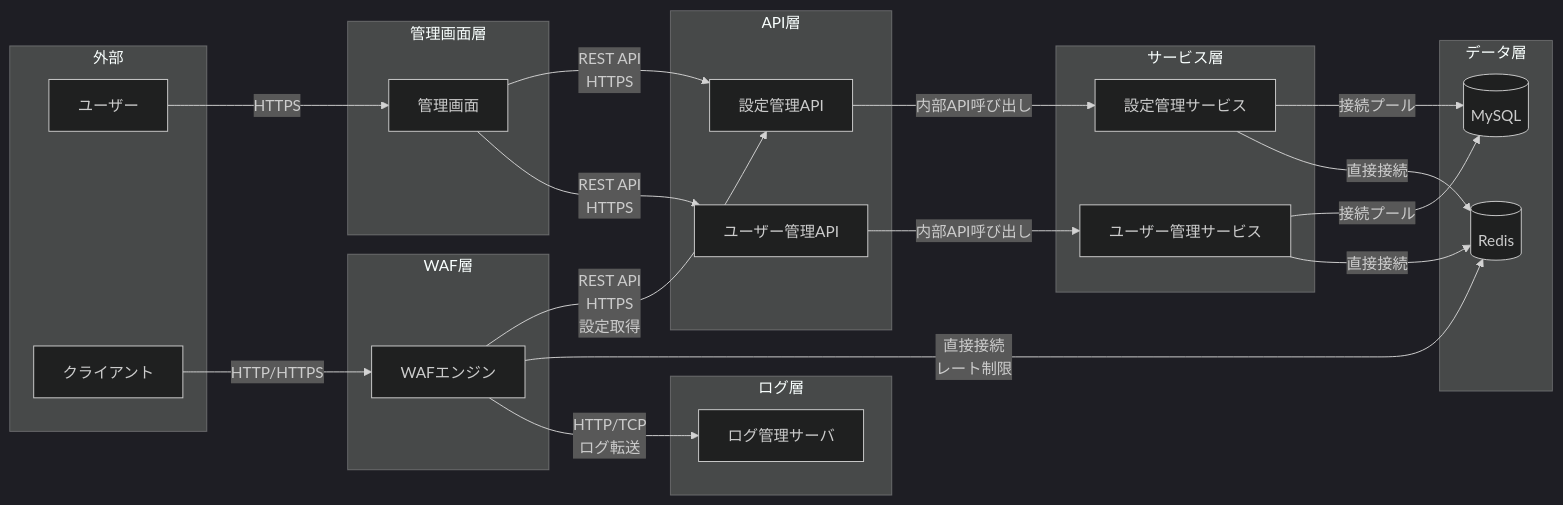
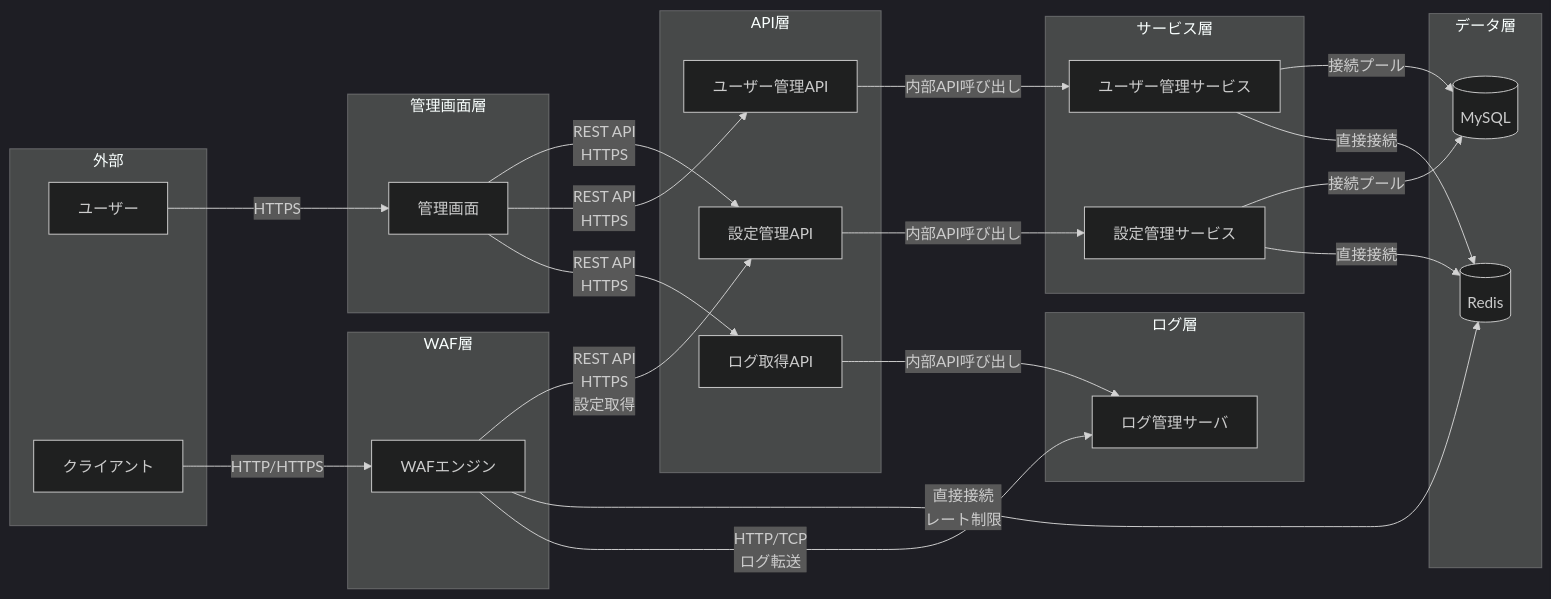
Before and after one commit to kencom2400/MrWebDefence-Design: the second of 5 diagrams in DESIGN.md, drawn with Mermaid (dark theme). The commit also changed other lines of this file and 1 other file, not shown here.

````diff
--- a/DESIGN.md
+++ b/DESIGN.md
@@ -509,52 +509,55 @@
 ```mermaid
 graph LR
     subgraph "外部"
         User[ユーザー]
         Client[クライアント]
     end
 
     subgraph "管理画面層"
         AdminUI[管理画面]
     end
 
     subgraph "API層"
         ConfigAPI[設定管理API]
         UserAPI[ユーザー管理API]
+        LogAPI[ログ取得API]
     end
 
     subgraph "サービス層"
         ConfigService[設定管理サービス]
         UserService[ユーザー管理サービス]
     end
 
     subgraph "データ層"
         MySQL[(MySQL)]
         Redis[(Redis)]
     end
 
     subgraph "WAF層"
         WAFEngine[WAFエンジン]
     end
 
     subgraph "ログ層"
         LogServer[ログ管理サーバ]
     end
 
     User -->|HTTPS| AdminUI
     Client -->|HTTP/HTTPS| WAFEngine
 
     AdminUI -->|REST API<br/>HTTPS| ConfigAPI
     AdminUI -->|REST API<br/>HTTPS| UserAPI
+    AdminUI -->|REST API<br/>HTTPS| LogAPI
 
     ConfigAPI -->|内部API呼び出し| ConfigService
     UserAPI -->|内部API呼び出し| UserService
+    LogAPI -->|内部API呼び出し| LogServer
 
     ConfigService -->|接続プール| MySQL
     ConfigService -->|直接接続| Redis
     UserService -->|接続プール| MySQL
     UserService -->|直接接続| Redis
 
     WAFEngine -->|REST API<br/>HTTPS<br/>設定取得| ConfigAPI
     WAFEngine -->|直接接続<br/>レート制限| Redis
     WAFEngine -->|HTTP/TCP<br/>ログ転送| LogServer
 ```
````
